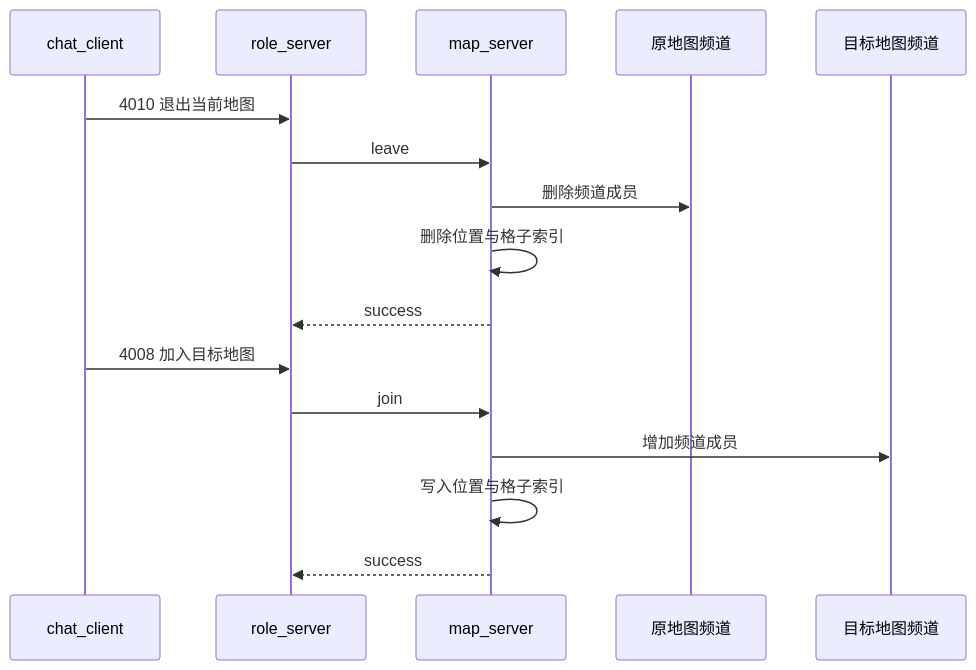
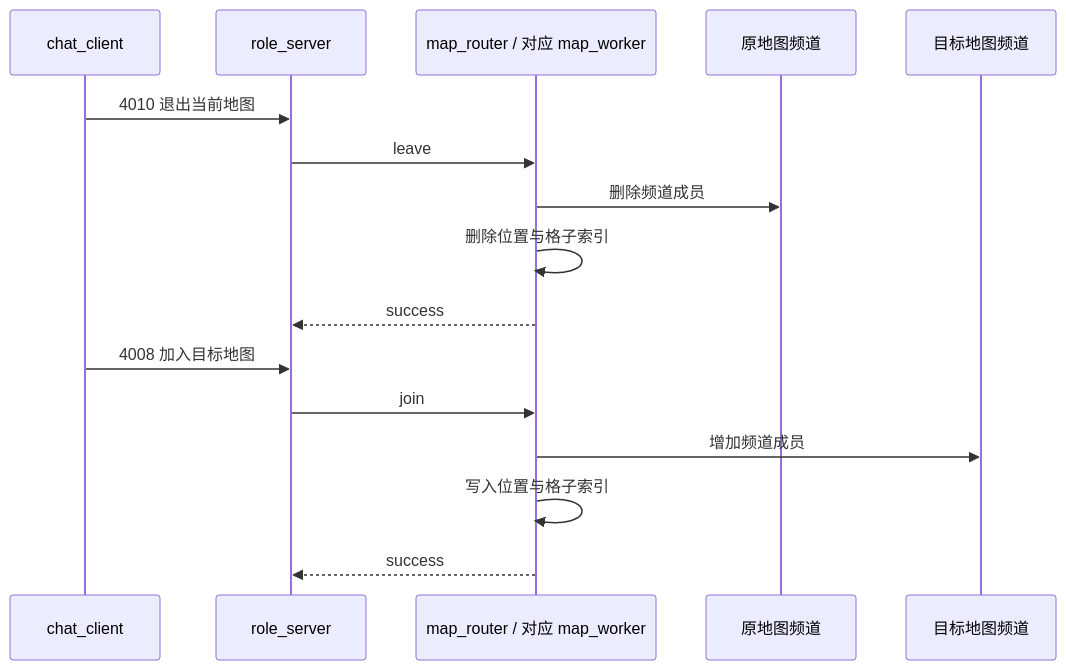
Before and after one commit to chrison18/erlang-game-chat-server: the fourth of 6 diagrams in docs/Chat V1.3 设计文档.md, drawn with Mermaid. The commit also changed other lines of this file and 19 other files, not shown here.

````diff
--- a/docs/Chat V1.3 设计文档.md
+++ b/docs/Chat V1.3 设计文档.md
@@ -121,19 +131,19 @@
 ```mermaid
 sequenceDiagram
     participant C as chat_client
     participant R as role_server
-    participant M as map_server
+    participant M as map_router / 对应 map_worker
     participant Old as 原地图频道
     participant New as 目标地图频道
 
     C->>R: 4010 退出当前地图
     R->>M: leave
     M->>Old: 删除频道成员
     M->>M: 删除位置与格子索引
     M-->>R: success
     C->>R: 4008 加入目标地图
     R->>M: join
     M->>New: 增加频道成员
     M->>M: 写入位置与格子索引
     M-->>R: success
 ```
````
